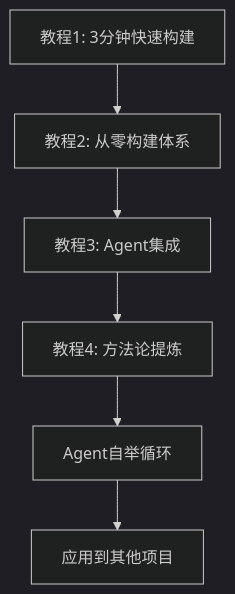
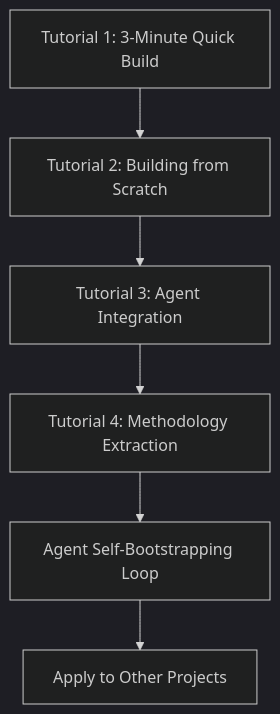
The diagram in README.md (live-high/agent-bootstrap-tutorials), drawn with Mermaid (dark theme) before and after one commit. The commit also changed other lines of this file and 22 other files, not shown here.

````diff
--- a/README.md
+++ b/README.md
@@ -31,8 +37,8 @@
 ```mermaid
 graph TD
-    A[教程1: 3分钟快速构建] --> B[教程2: 从零构建体系]
-    B --> C[教程3: Agent集成]
-    C --> D[教程4: 方法论提炼]
-    D --> E[Agent自举循环]
-    E --> F[应用到其他项目]
+    A[Tutorial 1: 3-Minute Quick Build] --> B[Tutorial 2: Building from Scratch]
+    B --> C[Tutorial 3: Agent Integration]
+    C --> D[Tutorial 4: Methodology Extraction]
+    D --> E[Agent Self-Bootstrapping Loop]
+    E --> F[Apply to Other Projects]
 ```
````
